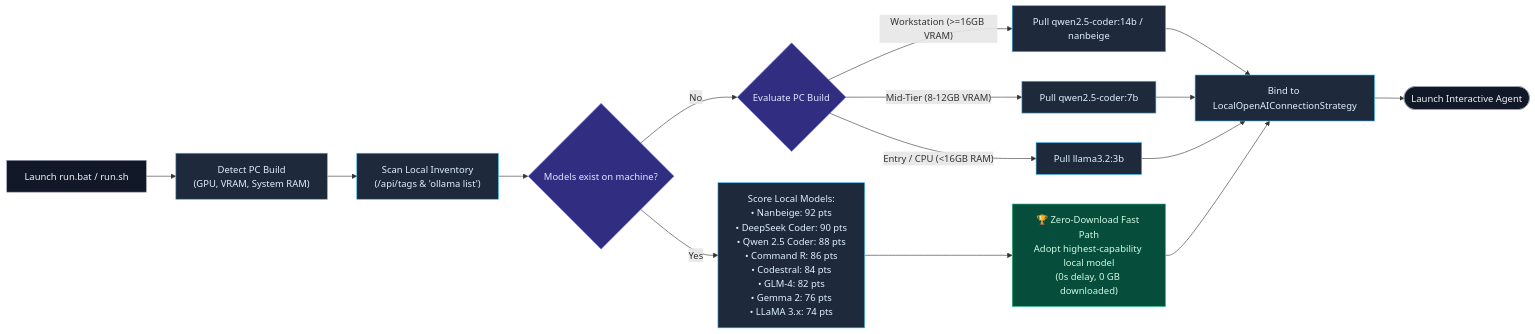
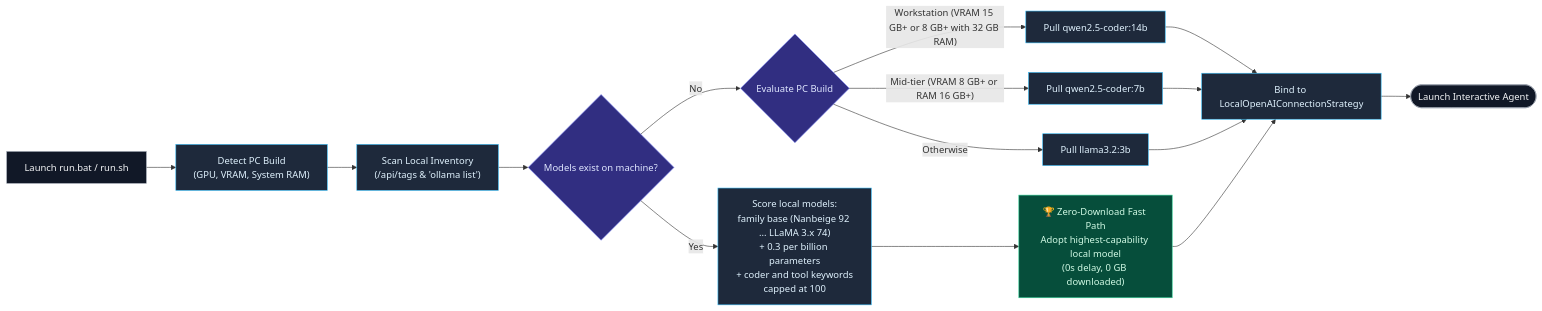
One commit to veeresh-bikkaneti/antigravity-local changed the third of 4 diagrams in README.md. Above: the diagram before and after it, drawn with Mermaid. The commit also changed other lines of this file and 13 other files, not shown here.

Commit message:
docs: make claims match the code (scores, tiers, setup time, graph counts, serve, limits)

````diff
--- a/README.md
+++ b/README.md
@@ -445,32 +444,32 @@
 ```mermaid
 flowchart LR
     Start["Launch run.bat / run.sh"] --> DetectHW["Detect PC Build<br/>(GPU, VRAM, System RAM)"]
     DetectHW --> ScanInventory["Scan Local Inventory<br/>(/api/tags & 'ollama list')"]
     
     ScanInventory --> AnyInstalled{"Models exist on machine?"}
     
-    AnyInstalled -- Yes --> ScoreInstalled["Score Local Models:<br/>• Nanbeige: 92 pts<br/>• DeepSeek Coder: 90 pts<br/>• Qwen 2.5 Coder: 88 pts<br/>• Command R: 86 pts<br/>• Codestral: 84 pts<br/>• GLM-4: 82 pts<br/>• Gemma 2: 76 pts<br/>• LLaMA 3.x: 74 pts"]
+    AnyInstalled -- Yes --> ScoreInstalled["Score local models:<br/>family base (Nanbeige 92 ... LLaMA 3.x 74)<br/>+ 0.3 per billion parameters<br/>+ coder and tool keywords<br/>capped at 100"]
     
     ScoreInstalled --> ZeroDownload["🏆 Zero-Download Fast Path<br/>Adopt highest-capability local model<br/>(0s delay, 0 GB downloaded)"]
     
     AnyInstalled -- No --> CheckTier{"Evaluate PC Build"}
-    CheckTier -- Workstation (>=16GB VRAM) --> PullWorkstation["Pull qwen2.5-coder:14b / nanbeige"]
-    CheckTier -- Mid-Tier (8-12GB VRAM) --> PullMid["Pull qwen2.5-coder:7b"]
-    CheckTier -- Entry / CPU (<16GB RAM) --> PullEntry["Pull llama3.2:3b"]
+    CheckTier -- Workstation (VRAM 15 GB+ or 8 GB+ with 32 GB RAM) --> PullWorkstation["Pull qwen2.5-coder:14b"]
+    CheckTier -- Mid-tier (VRAM 8 GB+ or RAM 16 GB+) --> PullMid["Pull qwen2.5-coder:7b"]
+    CheckTier -- Otherwise --> PullEntry["Pull llama3.2:3b"]
     
     PullWorkstation --> Bind["Bind to LocalOpenAIConnectionStrategy"]
     PullMid --> Bind
     PullEntry --> Bind
     ZeroDownload --> Bind
     Bind --> Ready(["Launch Interactive Agent"])
 
     classDef proc fill:#1e293b,stroke:#38bdf8,stroke-width:1px,color:#e0f2fe;
     classDef branch fill:#312e81,stroke:#818cf8,stroke-width:1px,color:#e0e7ff;
     classDef fast fill:#064e3b,stroke:#34d399,stroke-width:1px,color:#d1fae5;
     classDef start fill:#111827,stroke:#9ca3af,stroke-width:1px,color:#f3f4f6;
 
     class Start,Ready start;
     class DetectHW,ScanInventory,ScoreInstalled,PullWorkstation,PullMid,PullEntry,Bind proc;
     class AnyInstalled,CheckTier branch;
     class ZeroDownload fast;
 ```
````
